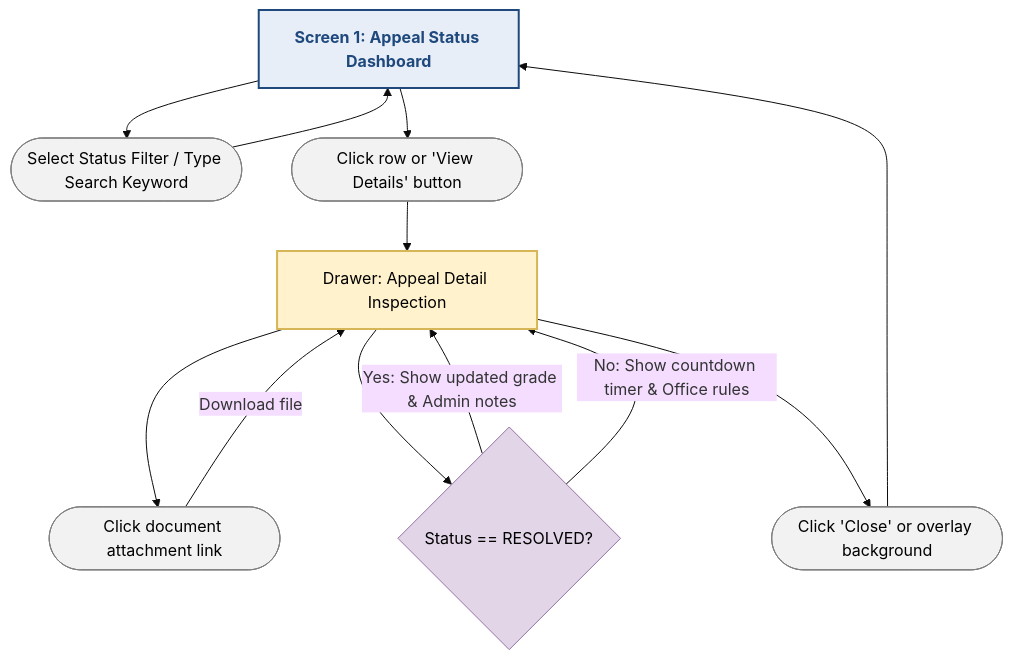
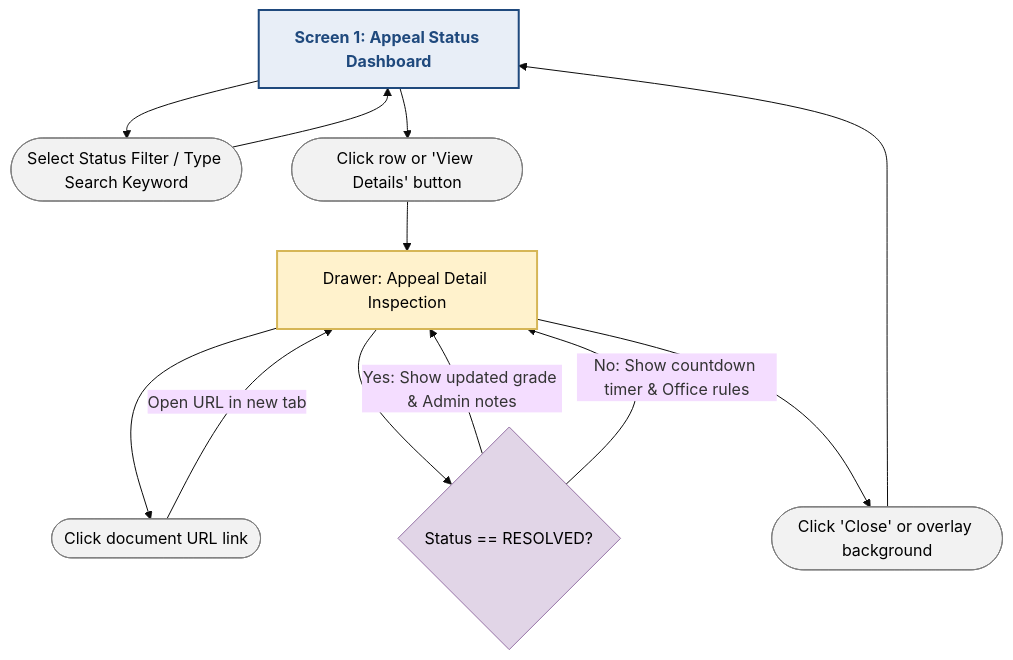
Before and after one commit to ltny24/Software-Engineering---Group-6: the diagram in docs/requirements/spec_specification/005-track appeal status/spec.md, drawn with Mermaid (base theme). The commit also changed other lines of this file, not shown here.

````diff
--- a/docs/requirements/spec_specification/005-track appeal status/spec.md
+++ b/docs/requirements/spec_specification/005-track appeal status/spec.md
@@ -121,28 +121,28 @@
 ```mermaid
 graph TD
     classDef screen fill:#e8eef7,stroke:#1f497d,stroke-width:2px,color:#1f497d,font-weight:bold
     classDef drawer fill:#fff2cc,stroke:#d6b656,stroke-width:2px,color:#000
     classDef action fill:#f2f2f2,stroke:#7f7f7f,stroke-width:1px,color:#000
     classDef decision fill:#e1d5e7,stroke:#9673a6,stroke-width:1px,color:#000
 
     S1["Screen 1: Appeal Status Dashboard"]:::screen
     D1["Drawer: Appeal Detail Inspection"]:::drawer
 
     A1(["Select Status Filter / Type Search Keyword"]):::action
     A2(["Click row or 'View Details' button"]):::action
-    A3(["Click document attachment link"]):::action
+    A3(["Click document URL link"]):::action
     A4(["Click 'Close' or overlay background"]):::action
 
     Dec1{"Status == RESOLVED?"}:::decision
 
     S1 --> A1 --> S1
     S1 --> A2 --> D1
 
-    D1 --> A3 -->|Download file| D1
+    D1 --> A3 -->|Open URL in new tab| D1
     D1 --> Dec1
 
     Dec1 -->|Yes: Show updated grade & Admin notes| D1
     Dec1 -->|No: Show countdown timer & Office rules| D1
 
     D1 --> A4 --> S1
 ```
````
